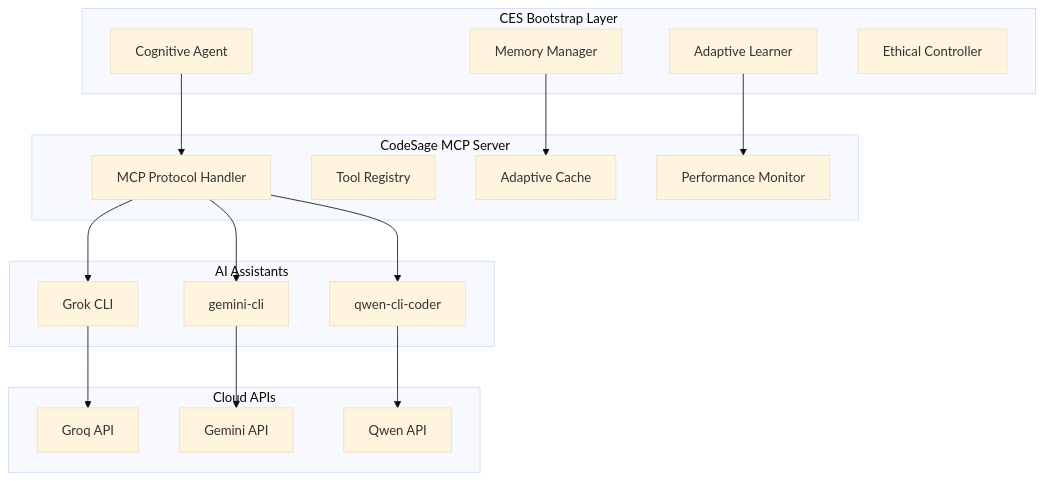
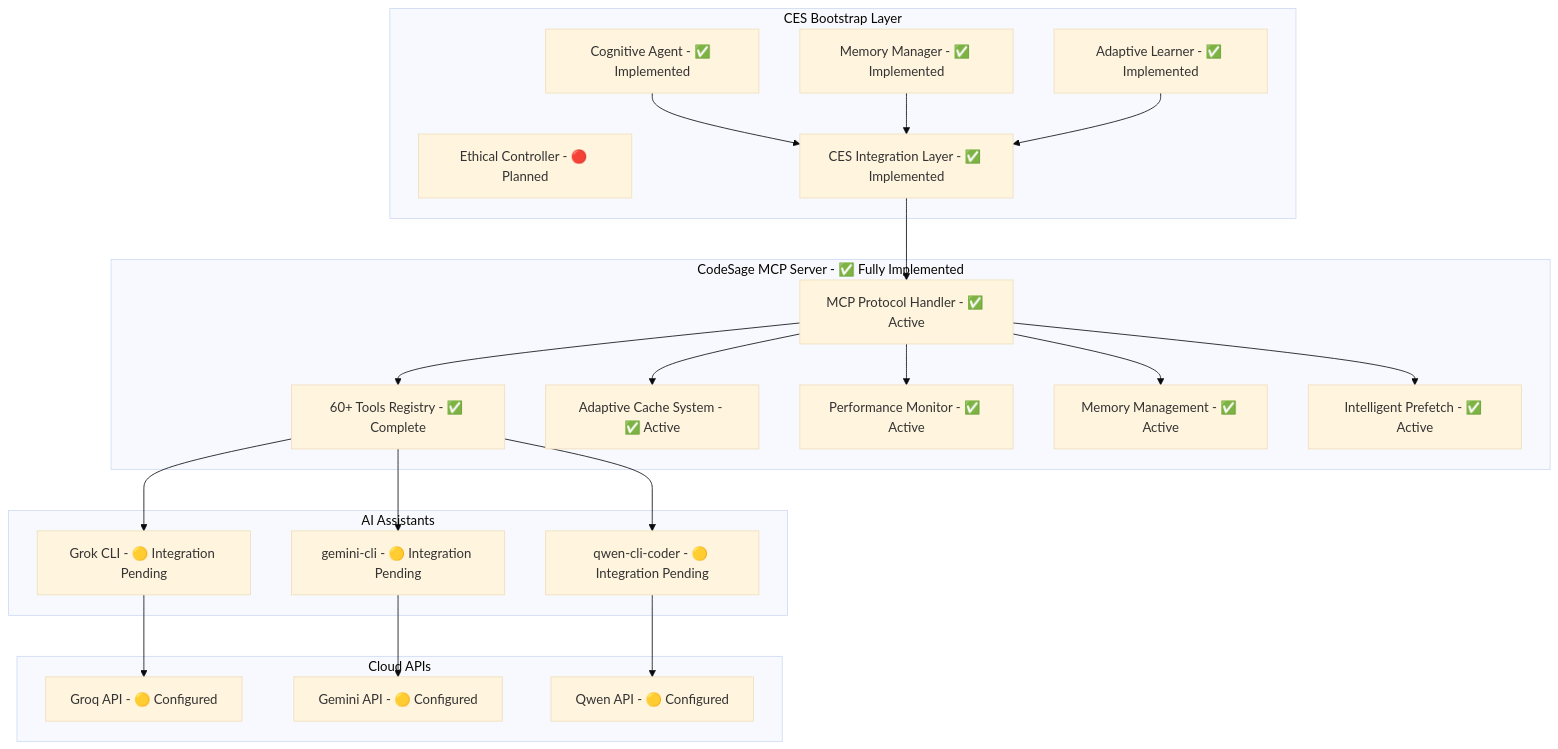
The first of 2 diagrams in CES_Development_Companion.md (Basparin/GeminiMCPs), drawn with Mermaid (base theme) before and after one commit. The commit also changed other lines of this file and 5 other files, not shown here.

````diff
--- a/CES_Development_Companion.md
+++ b/CES_Development_Companion.md
@@ -236,38 +256,47 @@
 ```mermaid
 graph TB
     subgraph "CES Bootstrap Layer"
-        CA[Cognitive Agent]
-        MM[Memory Manager]
-        AL[Adaptive Learner]
-        EC[Ethical Controller]
+        CA[Cognitive Agent - ✅ Implemented]
+        MM[Memory Manager - ✅ Implemented]
+        AL[Adaptive Learner - ✅ Implemented]
+        EC[Ethical Controller - 🔴 Planned]
+        CES_INT[CES Integration Layer - ✅ Implemented]
     end
 
-    subgraph "CodeSage MCP Server"
-        MCP[MCP Protocol Handler]
-        TOOLS[Tool Registry]
-        CACHE[Adaptive Cache]
-        PERF[Performance Monitor]
+    subgraph "CodeSage MCP Server - ✅ Fully Implemented"
+        MCP[MCP Protocol Handler - ✅ Active]
+        TOOLS[60+ Tools Registry - ✅ Complete]
+        CACHE[Adaptive Cache System - ✅ Active]
+        PERF[Performance Monitor - ✅ Active]
+        MEM[Memory Management - ✅ Active]
+        PREF[Intelligent Prefetch - ✅ Active]
     end
 
     subgraph "AI Assistants"
-        GK[Grok CLI]
-        QC[qwen-cli-coder]
-        GC[gemini-cli]
+        GK[Grok CLI - 🟡 Integration Pending]
+        QC[qwen-cli-coder - 🟡 Integration Pending]
+        GC[gemini-cli - 🟡 Integration Pending]
     end
 
     subgraph "Cloud APIs"
-        GR[Groq API]
-        GE[Gemini API]
-        QW[Qwen API]
+        GR[Groq API - 🟡 Configured]
+        GE[Gemini API - 🟡 Configured]
+        QW[Qwen API - 🟡 Configured]
     end
 
-    CA --> MCP
-    MM --> CACHE
-    AL --> PERF
-    MCP --> GK
-    MCP --> QC
-    MCP --> GC
+    CA --> CES_INT
+    MM --> CES_INT
+    AL --> CES_INT
+    CES_INT --> MCP
+    MCP --> TOOLS
+    MCP --> CACHE
+    MCP --> PERF
+    MCP --> MEM
+    MCP --> PREF
+    TOOLS --> GK
+    TOOLS --> QC
+    TOOLS --> GC
     GK --> GR
     QC --> QW
     GC --> GE
 ```
````
